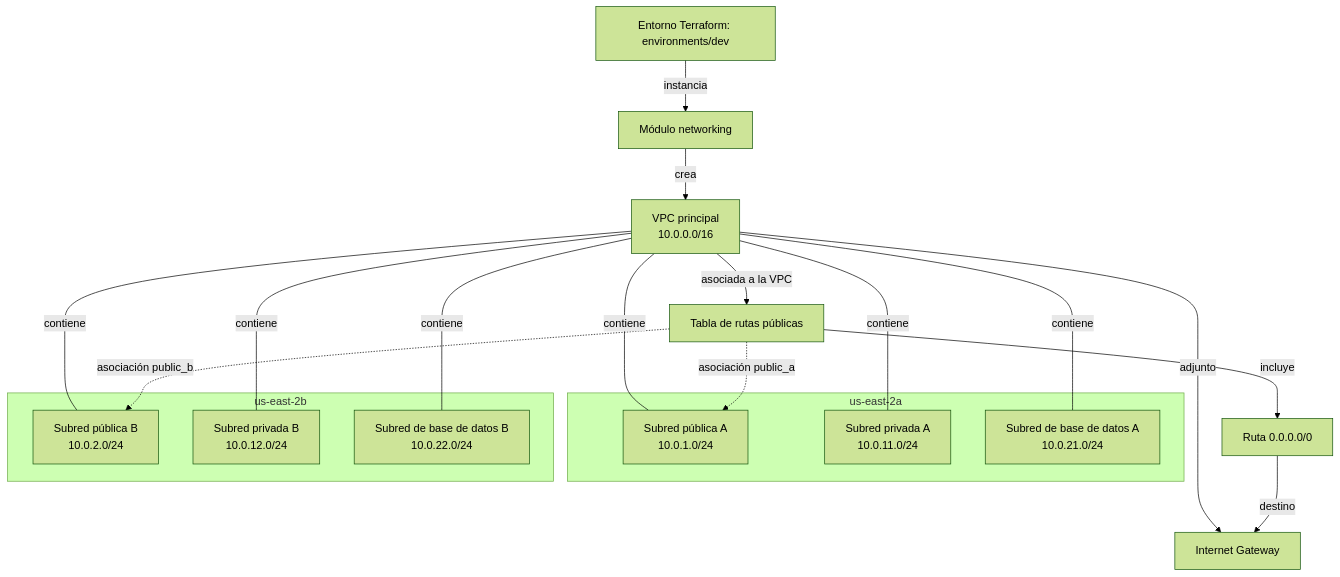
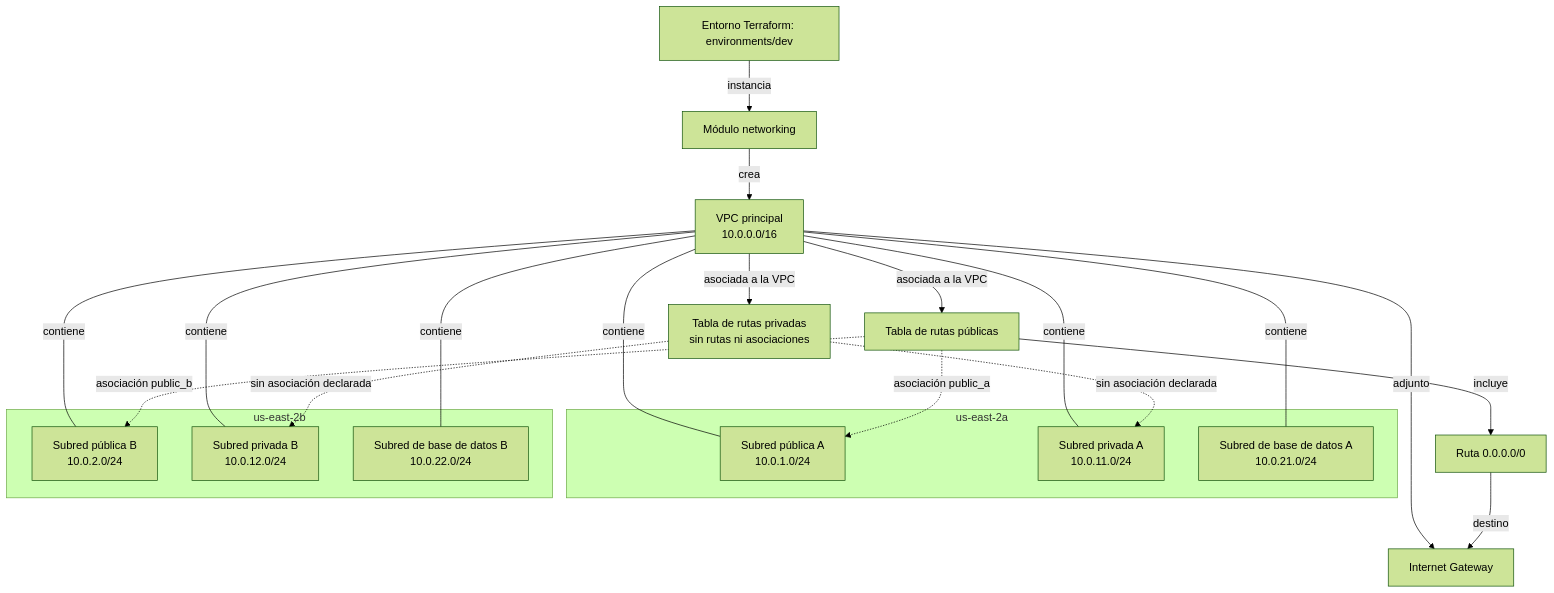
One commit to STRADIVARIUS590/AWS-Infrastructure-Platform changed the second of 2 diagrams in doc/README.md. Above: the diagram before and after it, drawn with Mermaid (forest theme). The commit also changed other lines of this file and 1 other file, not shown here.

Commit message:
feat(networking): create private route table

````diff
--- a/doc/README.md
+++ b/doc/README.md
@@ -51,36 +51,40 @@
 ```mermaid
 flowchart TB
     Dev["Entorno Terraform: environments/dev"]
     Module["Módulo networking"]
     VPC["VPC principal<br/>10.0.0.0/16"]
     IGW["Internet Gateway"]
     PublicRT["Tabla de rutas públicas"]
+    PrivateRT["Tabla de rutas privadas<br/>sin rutas ni asociaciones"]
     DefaultRoute["Ruta 0.0.0.0/0"]
 
     subgraph AZA["us-east-2a"]
         PubA["Subred pública A<br/>10.0.1.0/24"]
         PrivA["Subred privada A<br/>10.0.11.0/24"]
         DBA["Subred de base de datos A<br/>10.0.21.0/24"]
     end
 
     subgraph AZB["us-east-2b"]
         PubB["Subred pública B<br/>10.0.2.0/24"]
         PrivB["Subred privada B<br/>10.0.12.0/24"]
         DBB["Subred de base de datos B<br/>10.0.22.0/24"]
     end
 
     Dev -->|"instancia"| Module
     Module -->|"crea"| VPC
     VPC ---|"contiene"| PubA
     VPC ---|"contiene"| PubB
     VPC ---|"contiene"| PrivA
     VPC ---|"contiene"| PrivB
     VPC ---|"contiene"| DBA
     VPC ---|"contiene"| DBB
     VPC -->|"adjunto"| IGW
     VPC -->|"asociada a la VPC"| PublicRT
+    VPC -->|"asociada a la VPC"| PrivateRT
     PublicRT -->|"incluye"| DefaultRoute
     DefaultRoute -->|"destino"| IGW
     PublicRT -.->|"asociación public_a"| PubA
     PublicRT -.->|"asociación public_b"| PubB
+    PrivateRT -.->|"sin asociación declarada"| PrivA
+    PrivateRT -.->|"sin asociación declarada"| PrivB
 ```
````
